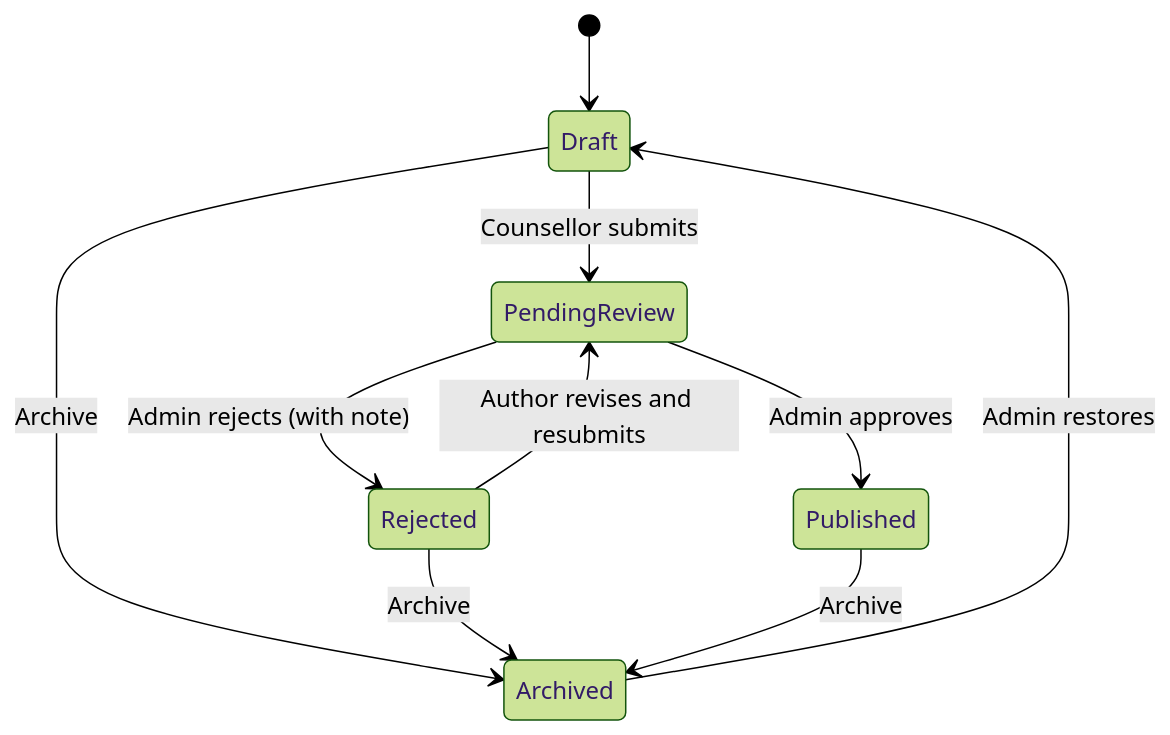
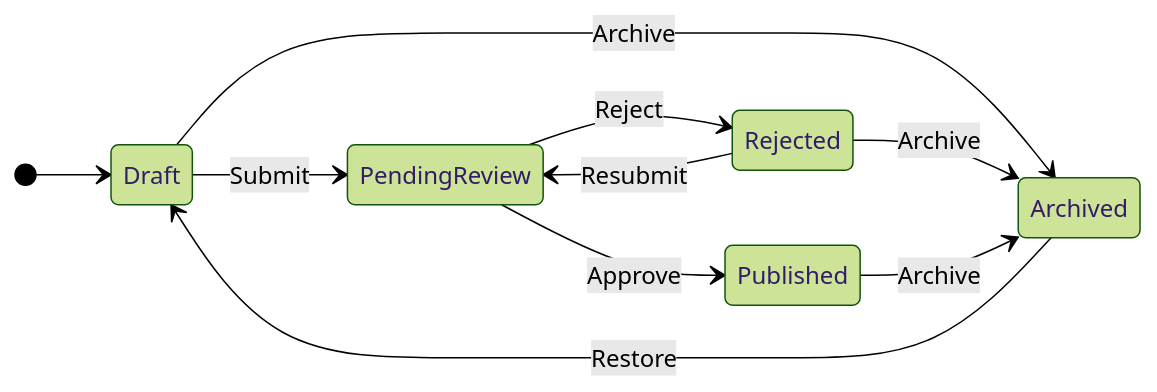
The fourth of 5 diagrams in README.md (Lubna1208/MindCare), drawn with Mermaid (forest theme) before and after one commit. The commit also changed other lines of this file, not shown here.

````diff
--- a/README.md
+++ b/README.md
@@ -236,12 +227,13 @@
 ```mermaid
 stateDiagram-v2
+    direction LR
     [*] --> Draft
-    Draft --> PendingReview: Counsellor submits
-    PendingReview --> Published: Admin approves
-    PendingReview --> Rejected: Admin rejects (with note)
-    Rejected --> PendingReview: Author revises and resubmits
+    Draft --> PendingReview: Submit
+    PendingReview --> Published: Approve
+    PendingReview --> Rejected: Reject
+    Rejected --> PendingReview: Resubmit
     Draft --> Archived: Archive
     Rejected --> Archived: Archive
     Published --> Archived: Archive
-    Archived --> Draft: Admin restores
+    Archived --> Draft: Restore
 ```
````
